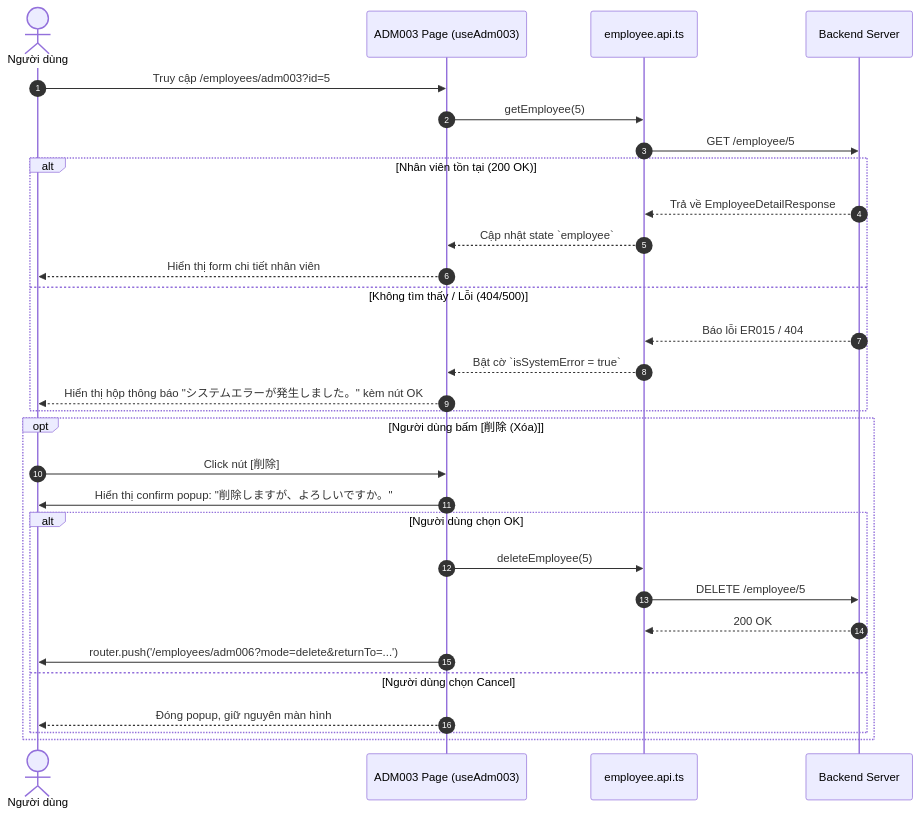
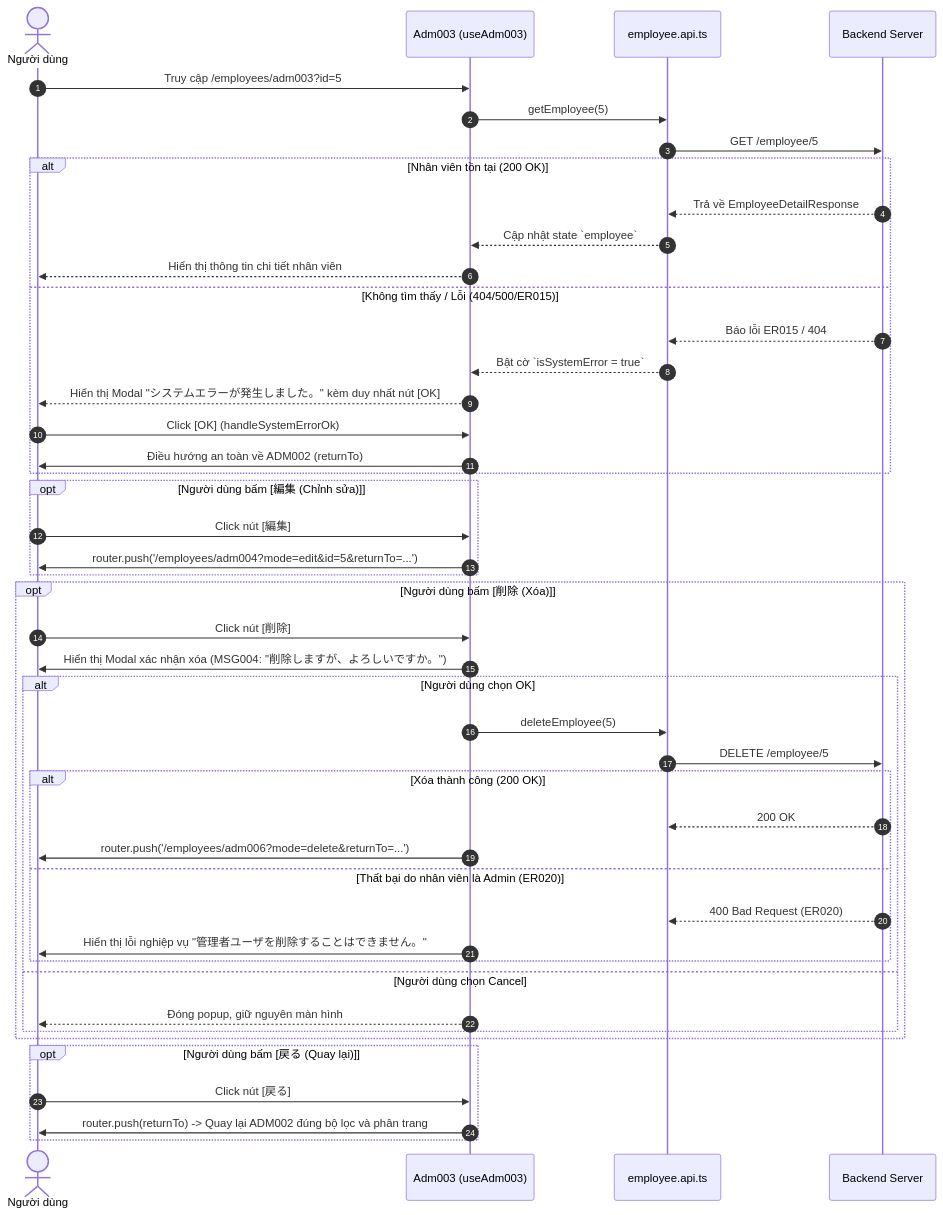
Before and after one commit to nguyenduykhanhit04/manageEmployees: the second of 4 diagrams in FRONTEND_ANALYSIS.md, drawn with Mermaid. The commit also changed other lines of this file and 3 other files, not shown here.

Commit message:
Chỉnh sửa file md tóm tắt dự án

````diff
--- a/FRONTEND_ANALYSIS.md
+++ b/FRONTEND_ANALYSIS.md
@@ -474,34 +488,51 @@
 ```mermaid
 sequenceDiagram
     autonumber
     actor User as Người dùng
-    participant ADM003 as ADM003 Page (useAdm003)
+    participant ADM003 as Adm003 (useAdm003)
     participant API as employee.api.ts
     participant Backend as Backend Server
 
     User->>ADM003: Truy cập /employees/adm003?id=5
     ADM003->>API: getEmployee(5)
     API->>Backend: GET /employee/5
     alt Nhân viên tồn tại (200 OK)
         Backend-->>API: Trả về EmployeeDetailResponse
         API-->>ADM003: Cập nhật state `employee`
-        ADM003-->>User: Hiển thị form chi tiết nhân viên
-    else Không tìm thấy / Lỗi (404/500)
+        ADM003-->>User: Hiển thị thông tin chi tiết nhân viên
+    else Không tìm thấy / Lỗi (404/500/ER015)
         Backend-->>API: Báo lỗi ER015 / 404
         API-->>ADM003: Bật cờ `isSystemError = true`
-        ADM003-->>User: Hiển thị hộp thông báo "システムエラーが発生しました。" kèm nút OK
+        ADM003-->>User: Hiển thị Modal "システムエラーが発生しました。" kèm duy nhất nút [OK]
+        User->>ADM003: Click [OK] (handleSystemErrorOk)
+        ADM003->>User: Điều hướng an toàn về ADM002 (returnTo)
+    end
+
+    opt Người dùng bấm [編集 (Chỉnh sửa)]
+        User->>ADM003: Click nút [編集]
+        ADM003->>User: router.push('/employees/adm004?mode=edit&id=5&returnTo=...')
     end
 
     opt Người dùng bấm [削除 (Xóa)]
         User->>ADM003: Click nút [削除]
-        ADM003->>User: Hiển thị confirm popup: "削除しますが、よろしいですか。"
+        ADM003->>User: Hiển thị Modal xác nhận xóa (MSG004: "削除しますが、よろしいですか。")
         alt Người dùng chọn OK
             ADM003->>API: deleteEmployee(5)
             API->>Backend: DELETE /employee/5
-            Backend-->>API: 200 OK
-            ADM003->>User: router.push('/employees/adm006?mode=delete&returnTo=...')
+            alt Xóa thành công (200 OK)
+                Backend-->>API: 200 OK
+                ADM003->>User: router.push('/employees/adm006?mode=delete&returnTo=...')
+            else Thất bại do nhân viên là Admin (ER020)
+                Backend-->>API: 400 Bad Request (ER020)
+                ADM003->>User: Hiển thị lỗi nghiệp vụ "管理者ユーザを削除することはできません。"
+            end
         else Người dùng chọn Cancel
             ADM003-->>User: Đóng popup, giữ nguyên màn hình
         end
     end
+
+    opt Người dùng bấm [戻る (Quay lại)]
+        User->>ADM003: Click nút [戻る]
+        ADM003->>User: router.push(returnTo) -> Quay lại ADM002 đúng bộ lọc và phân trang
+    end
 ```
````
